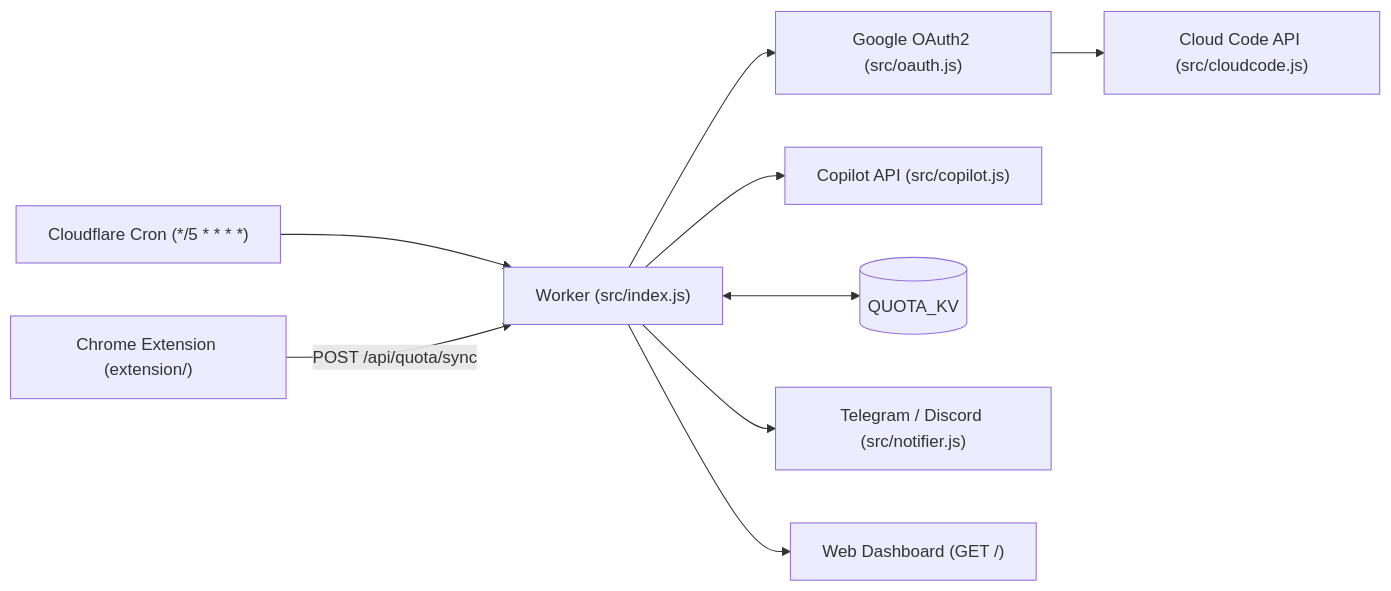
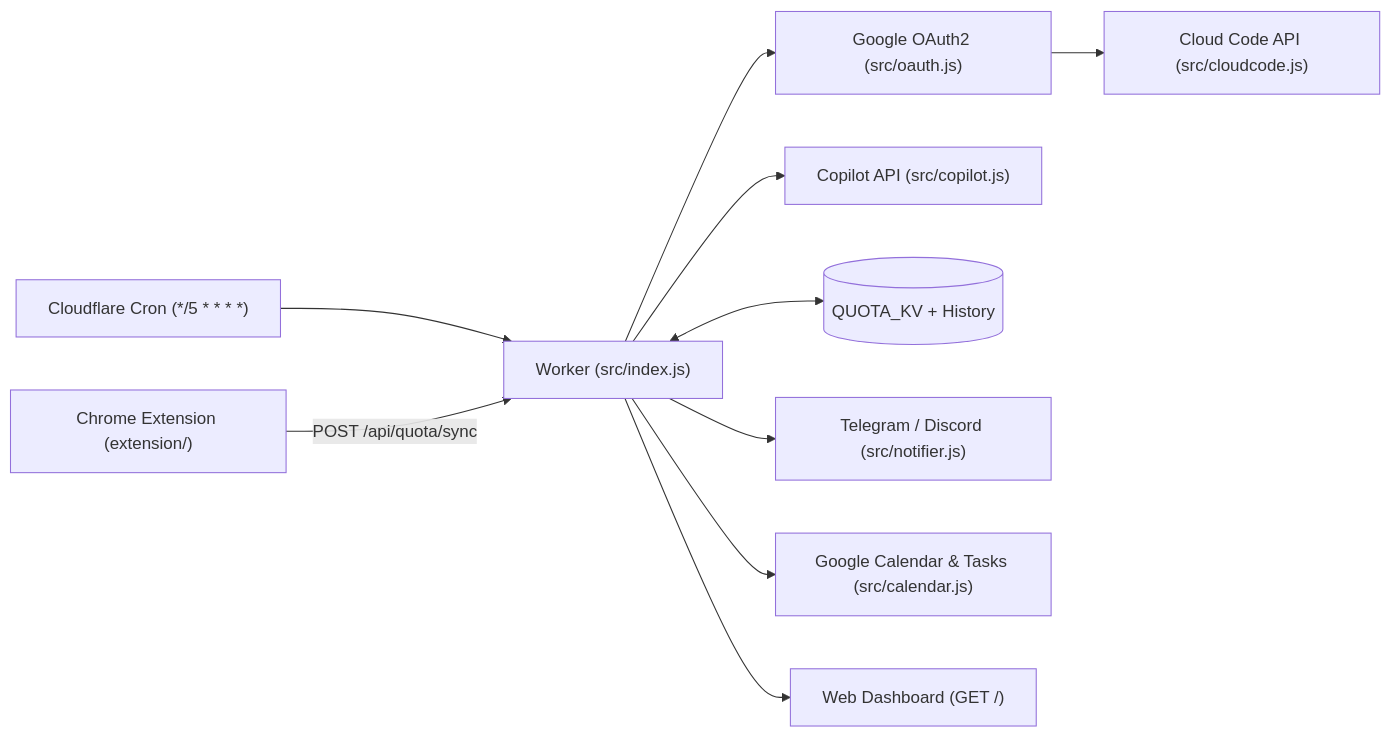
One commit to gintingism/quota-reset-automation-notifier changed the diagram in README.md. Above: the diagram before and after it, drawn with Mermaid. The commit also changed other lines of this file and 21 other files, not shown here.

Commit message:
feat: add Google Calendar/Tasks sync, multi-account, 24h burn-rate charts, and v1.4.0 UI

````diff
--- a/README.md
+++ b/README.md
@@ -12,11 +12,12 @@
 ```mermaid
 flowchart LR
   Cron["Cloudflare Cron (*/5 * * * *)"] --> Worker["Worker (src/index.js)"]
   Worker --> OAuth["Google OAuth2 (src/oauth.js)"]
   OAuth --> CloudCode["Cloud Code API (src/cloudcode.js)"]
   Worker --> Copilot["Copilot API (src/copilot.js)"]
   Ext["Chrome Extension (extension/)"] -->|POST /api/quota/sync| Worker
-  Worker <--> KV[("QUOTA_KV")]
+  Worker <--> KV[("QUOTA_KV + History")]
   Worker --> Alerts["Telegram / Discord (src/notifier.js)"]
+  Worker --> Cal["Google Calendar & Tasks (src/calendar.js)"]
   Worker --> UI["Web Dashboard (GET /)"]
 ```
````
